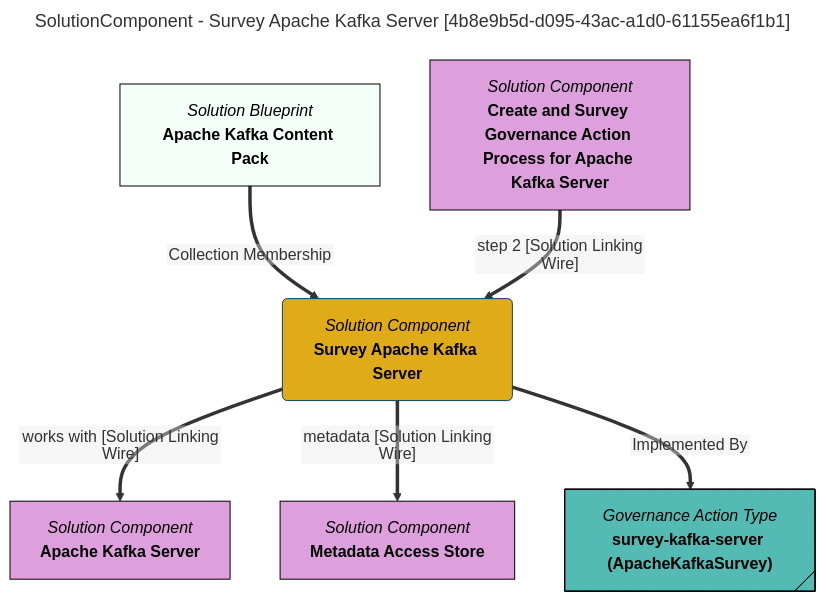
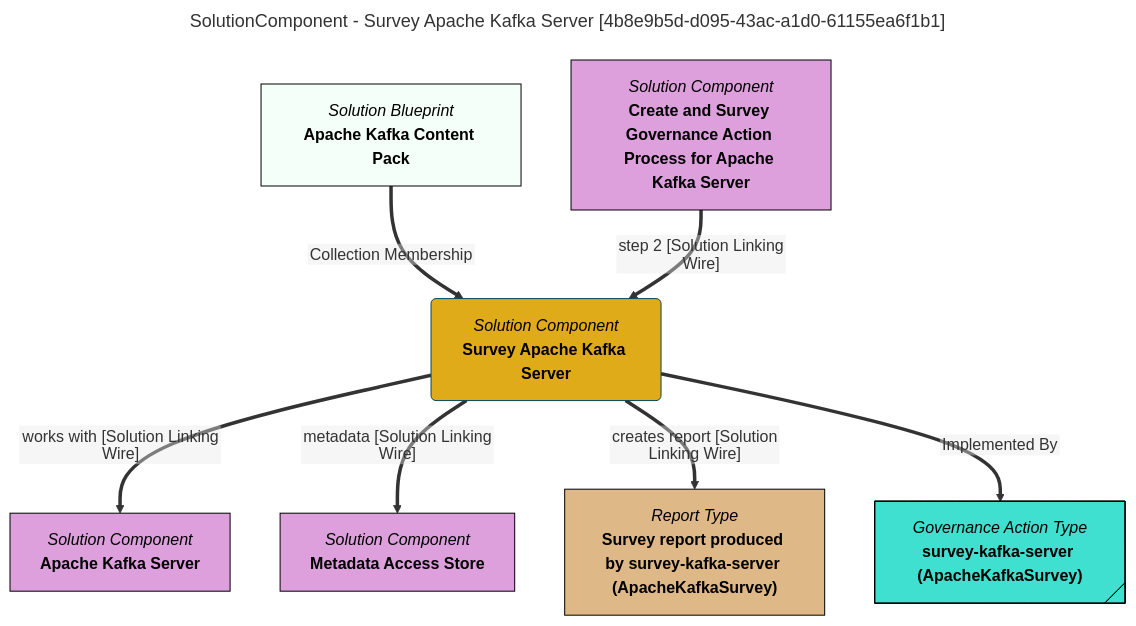
One commit to odpi/egeria-docs changed the diagram in site/snippets/blueprints/components/survey-kafka-server-mermaid-graph.md. Above: the diagram before and after it, drawn with Mermaid. The commit also changed 2201 other files, not shown here.

````diff
--- a/site/snippets/blueprints/components/survey-kafka-server-mermaid-graph.md
+++ b/site/snippets/blueprints/components/survey-kafka-server-mermaid-graph.md
@@ -1,35 +1,39 @@
 ```mermaid
 ---
 title: SolutionComponent - Survey Apache Kafka Server [4b8e9b5d-d095-43ac-a1d0-61155ea6f1b1]
 ---
 flowchart TD
 %%{init: {"flowchart": {"htmlLabels": false}} }%%
 
 1@{ shape: rounded, label: "*Solution Component*
 **Survey Apache Kafka Server**"}
 2@{ shape: rect, label: "*Solution Blueprint*
 **Apache Kafka Content Pack**"}
 2==>|"Collection Membership"|1
 3@{ shape: rect, label: "*Solution Component*
 **Apache Kafka Server**"}
 1==>|"works with [Solution Linking Wire]"|3
 4@{ shape: rect, label: "*Solution Component*
 **Metadata Access Store**"}
 1==>|"metadata [Solution Linking Wire]"|4
-5@{ shape: rect, label: "*Solution Component*
+5@{ shape: rect, label: "*Report Type*
+**Survey report produced by survey-kafka-server (ApacheKafkaSurvey)**"}
+1==>|"creates report [Solution Linking Wire]"|5
+6@{ shape: rect, label: "*Solution Component*
 **Create and Survey Governance Action Process for Apache Kafka Server**"}
-5==>|"step 2 [Solution Linking Wire]"|1
-6@{ shape: tag-rect, label: "*Governance Action Type*
+6==>|"step 2 [Solution Linking Wire]"|1
+7@{ shape: tag-rect, label: "*Governance Action Type*
 **survey-kafka-server (ApacheKafkaSurvey)**"}
-1==>|"Implemented By"|6
+1==>|"Implemented By"|7
 style 1 color:#000000, fill:#e0ab18, stroke:#004563
 style 2 color:#000000, fill:#f5fffa, stroke:#000000
-style 3 color:#000000, fill:#dda0dd, stroke:#000000
-style 4 color:#000000, fill:#dda0dd, stroke:#000000
-style 5 color:#000000, fill:#dda0dd, stroke:#000000
-style 6 color:#000000, fill:#53bbb4, stroke:#000000
+style 3 color:#000000, fill:#DDA0DD, stroke:#000000
+style 4 color:#000000, fill:#DDA0DD, stroke:#000000
+style 5 color:#000000, fill:#DEB887, stroke:#000000
+style 6 color:#000000, fill:#DDA0DD, stroke:#000000
+style 7 color:#000000, fill:#40E0D0, stroke:#000000
 click 1 "https://egeria-project.org/concepts/governance-action-type/" "Click for more documentation" _blank
 click 3 "https://kafka.apache.org/" "Click for more documentation" _blank
 click 4 "https://egeria-project.org/concepts/metadata-access-store/" "Click for more documentation" _blank
-click 5 "https://egeria-project.org/egeria-solutions/leveraging-apache-kafka/overview/" "Click for more documentation" _blank
+click 6 "https://egeria-project.org/egeria-solutions/leveraging-apache-kafka/overview/" "Click for more documentation" _blank
 ```
````
